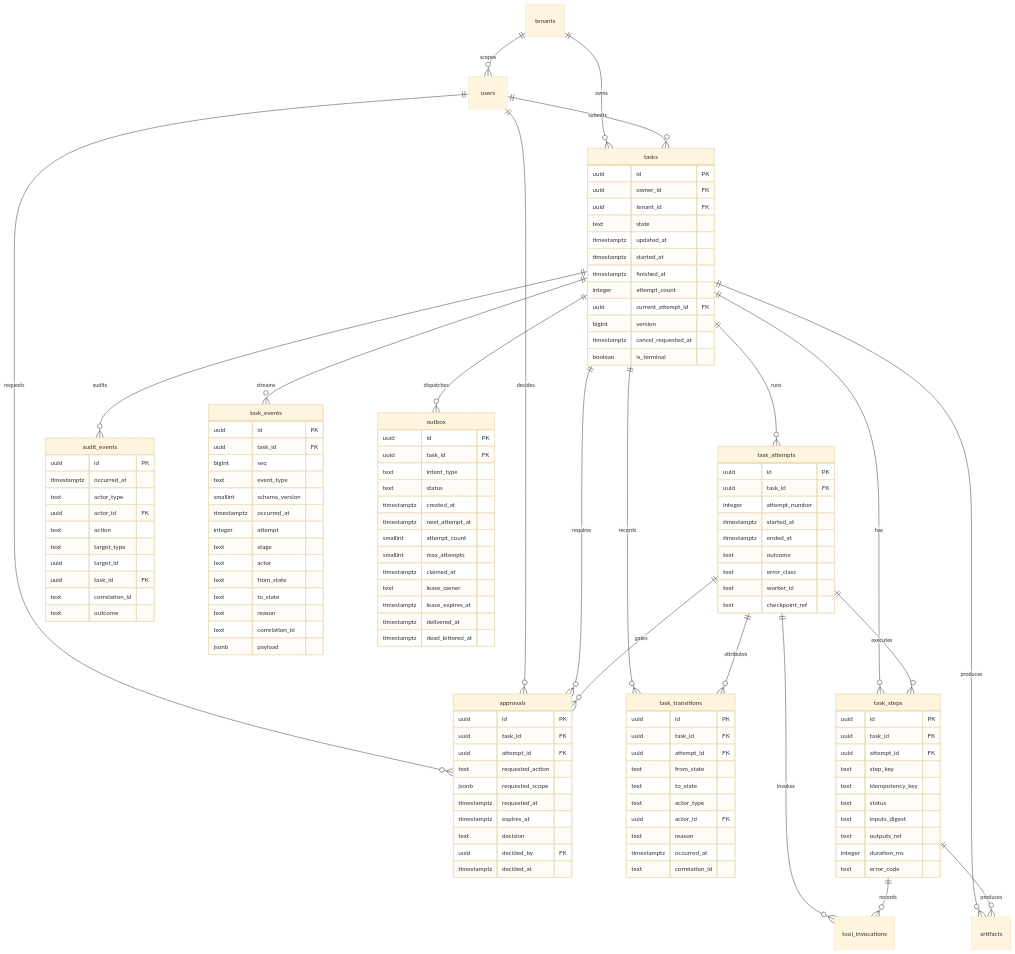
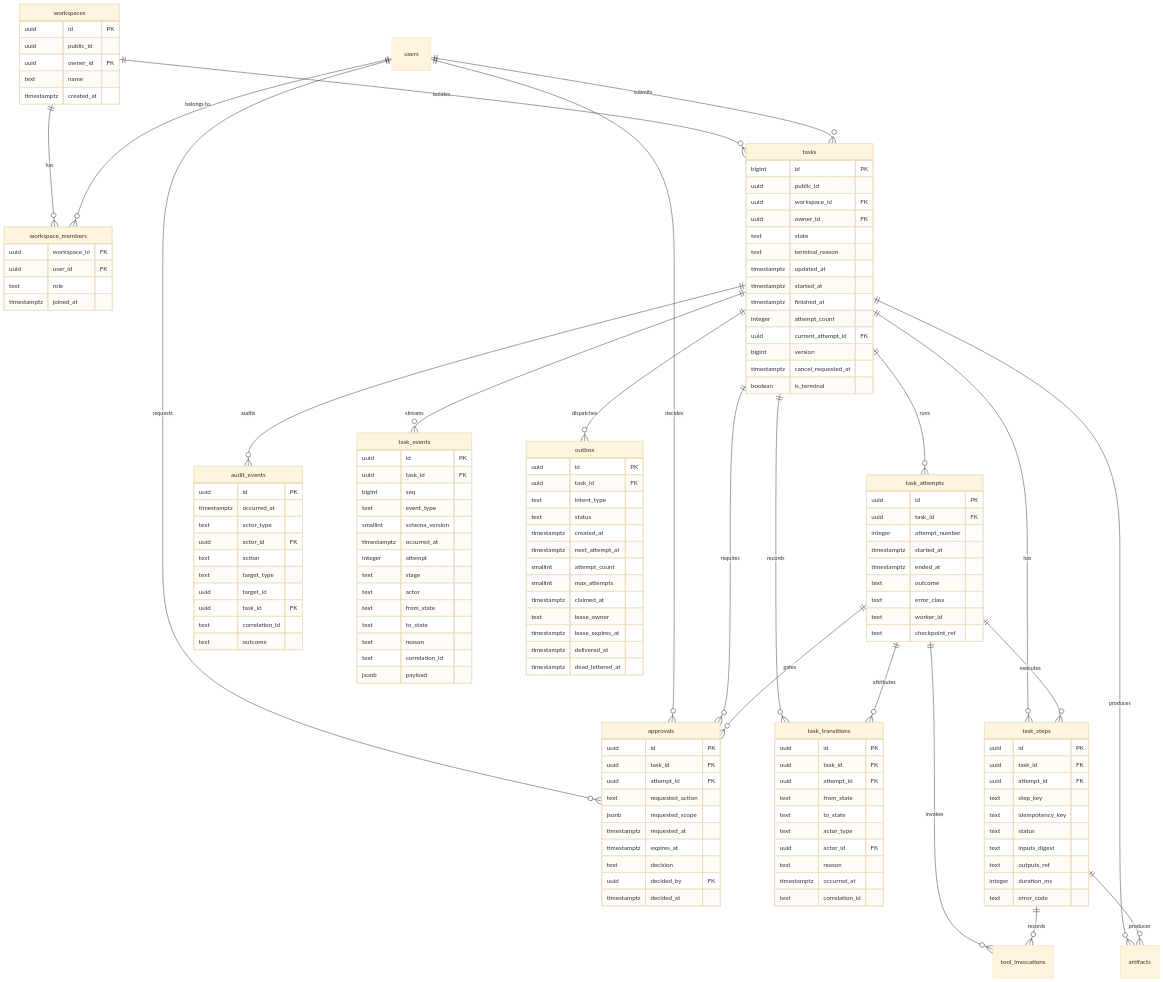
Before and after one commit to Satya-Sai-Tharun/devflow-ai: the diagram in docs/DATABASE.md, drawn with Mermaid (base theme). The commit also changed other lines of this file and 20 other files, not shown here.

````diff
--- a/docs/DATABASE.md
+++ b/docs/DATABASE.md
@@ -271,7 +294,8 @@
 ```mermaid
 erDiagram
-    tenants ||--o{ users : "scopes"
-    tenants ||--o{ tasks : "owns"
+    workspaces ||--o{ workspace_members : "has"
+    users ||--o{ workspace_members : "belongs to"
+    workspaces ||--o{ tasks : "isolates"
     users ||--o{ tasks : "submits"
     users ||--o{ approvals : "requests"
     users ||--o{ approvals : "decides"
@@ -289,6 +313,21 @@
     task_steps ||--o{ tool_invocations : "records"
     tasks ||--o{ artifacts : "produces"
     task_steps ||--o{ artifacts : "produces"
+
+    workspaces {
+        uuid id PK
+        uuid public_id
+        uuid owner_id FK
+        text name
+        timestamptz created_at
+    }
+
+    workspace_members {
+        uuid workspace_id FK
+        uuid user_id FK
+        text role
+        timestamptz joined_at
+    }
 
     task_events {
         uuid id PK
@@ -308,10 +347,12 @@
     }
 
     tasks {
-        uuid id PK
+        bigint id PK
+        uuid public_id
+        uuid workspace_id FK
         uuid owner_id FK
-        uuid tenant_id FK
         text state
+        text terminal_reason
         timestamptz updated_at
         timestamptz started_at
         timestamptz finished_at
````
